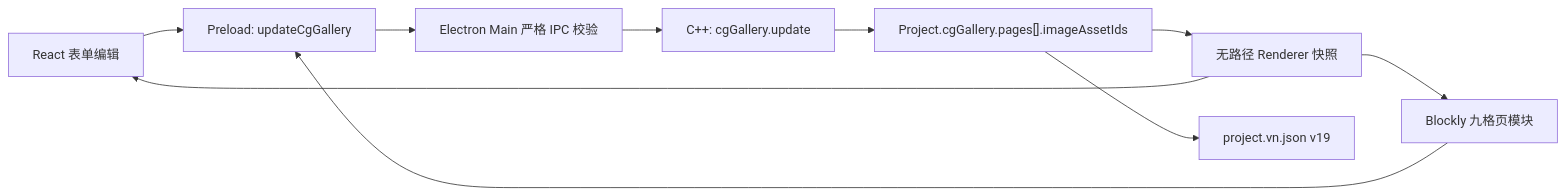
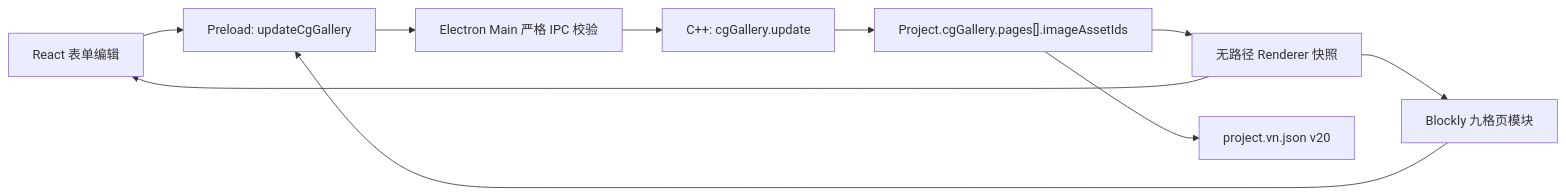
Before and after one commit to DarkboyRyan/Scratch-Novel-Engine: the first of 2 diagrams in docs/cg-gallery-implementation.md, drawn with Mermaid. The commit also changed other lines of this file and 174 other files, not shown here.

````diff
--- a/docs/cg-gallery-implementation.md
+++ b/docs/cg-gallery-implementation.md
@@ -72,12 +72,12 @@
 ```mermaid
 flowchart LR
   FORM["React 表单编辑"] --> INVOKE["Preload: updateCgGallery"]
   BLOCKLY["Blockly 九格页模块"] --> INVOKE
   INVOKE --> IPC["Electron Main 严格 IPC 校验"]
   IPC --> BACKEND["C++: cgGallery.update"]
   BACKEND --> PROJECT["Project.cgGallery.pages[].imageAssetIds"]
   PROJECT --> SNAPSHOT["无路径 Renderer 快照"]
-  PROJECT --> FILE["project.vn.json v19"]
+  PROJECT --> FILE["project.vn.json v20"]
   SNAPSHOT --> FORM
   SNAPSHOT --> BLOCKLY
 ```
````
